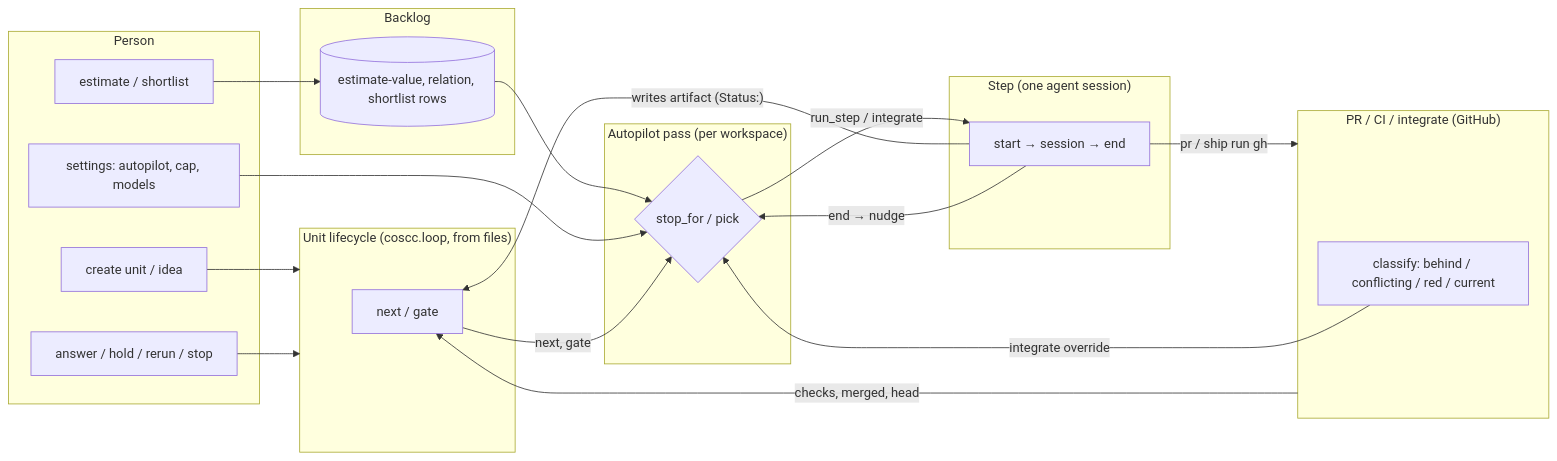
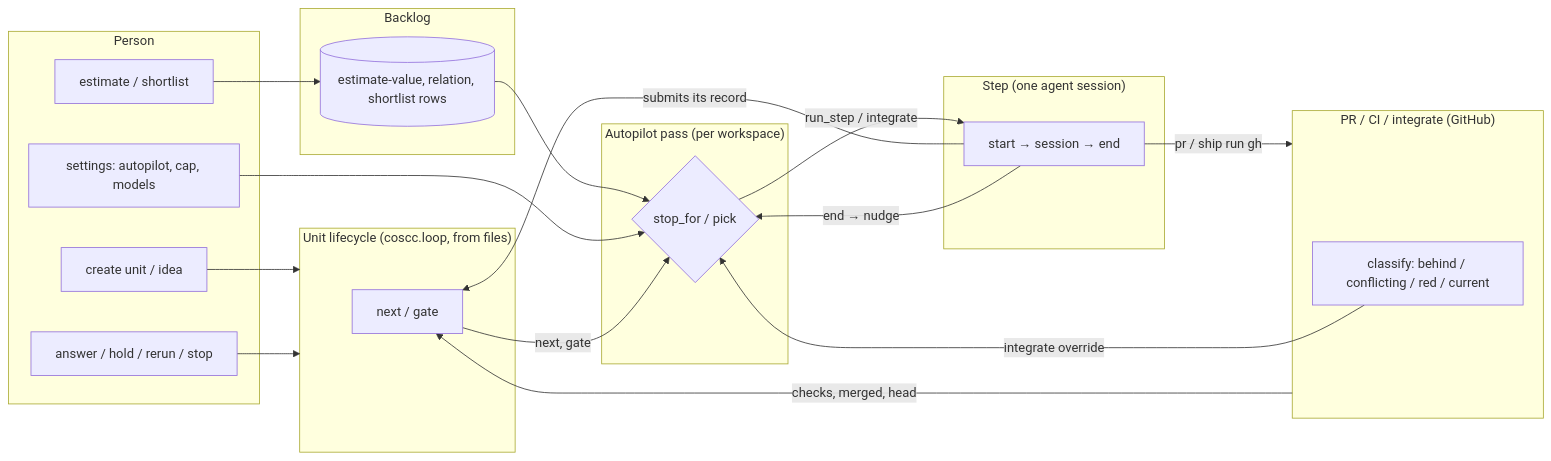
Before and after one commit to baodq97/coscc: the first of 2 diagrams in docs/architecture/fsm.md, drawn with Mermaid. The commit also changed other lines of this file and 314 other files, not shown here.

````diff
--- a/docs/architecture/fsm.md
+++ b/docs/architecture/fsm.md
@@ -17,35 +24,35 @@
 ```mermaid
 flowchart LR
   subgraph Person
     P1[create unit / idea]
     P2[estimate / shortlist]
     P3[answer / hold / rerun / stop]
     P4[settings: autopilot, cap, models]
   end
   subgraph Backlog
     B1[(estimate-value, relation, shortlist rows)]
   end
   subgraph Autopilot["Autopilot pass (per workspace)"]
     A1{stop_for / pick}
   end
   subgraph Unit["Unit lifecycle (coscc.loop, from files)"]
     U1[next / gate]
   end
   subgraph Step["Step (one agent session)"]
     S1[start → session → end]
   end
   subgraph PR["PR / CI / integrate (GitHub)"]
     G1[classify: behind / conflicting / red / current]
   end
   P1 --> Unit
   P2 --> B1 --> A1
   P3 --> Unit
   P4 --> A1
   A1 -- "run_step / integrate" --> S1
   U1 -- "next, gate" --> A1
-  S1 -- "writes artifact (Status:)" --> U1
+  S1 -- "submits its record" --> U1
   S1 -- "pr / ship run gh" --> PR
   PR -- "checks, merged, head" --> U1
   G1 -- "integrate override" --> A1
   S1 -- "end → nudge" --> A1
 ```
````
